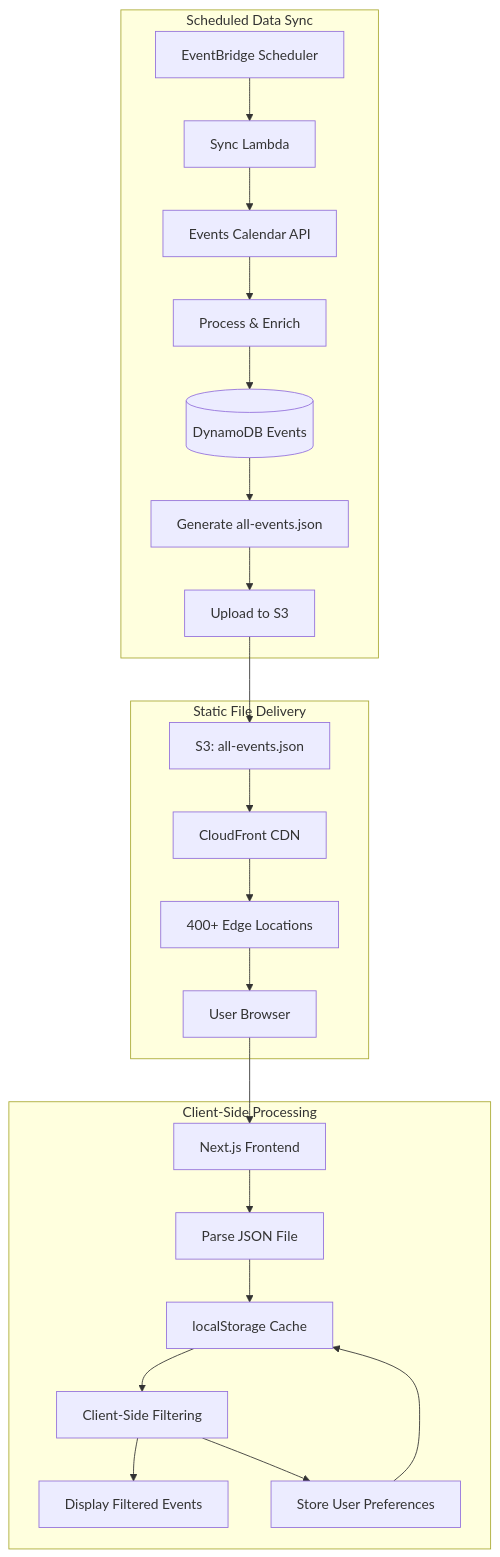
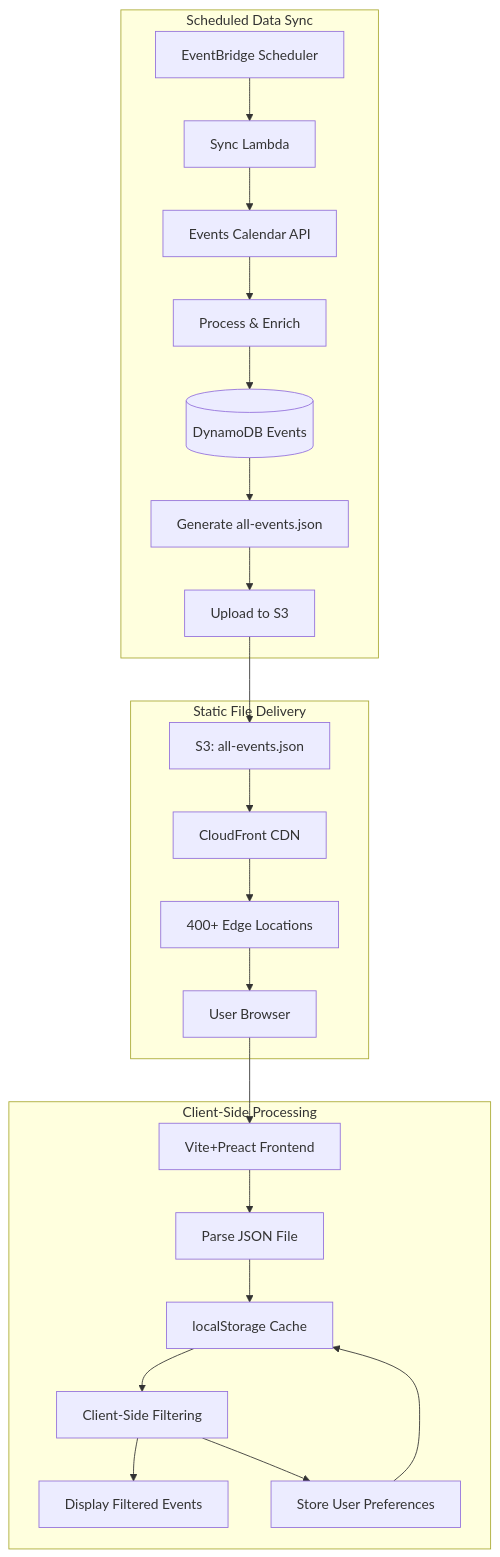
Before and after one commit to bbernstein/chq-calendar: the second of 3 diagrams in docs/DESIGN.md, drawn with Mermaid. The commit also changed other lines of this file and 22 other files, not shown here.

````diff
--- a/docs/DESIGN.md
+++ b/docs/DESIGN.md
@@ -491,28 +491,28 @@
 ```mermaid
 graph TB
     subgraph Scheduled[Scheduled Data Sync]
         EventBridge[EventBridge Scheduler] --> SyncLambda[Sync Lambda]
         SyncLambda --> EventsAPI[Events Calendar API]
         EventsAPI --> ProcessData[Process & Enrich]
         ProcessData --> DynamoDB[(DynamoDB Events)]
         DynamoDB --> GenerateFile[Generate all-events.json]
         GenerateFile --> UploadS3[Upload to S3]
     end
 
     subgraph StaticDelivery[Static File Delivery]
         UploadS3 --> S3File[S3: all-events.json]
         S3File --> CloudFront[CloudFront CDN]
         CloudFront --> EdgeCache[400+ Edge Locations]
         EdgeCache --> UserBrowser[User Browser]
     end
 
     subgraph ClientSide[Client-Side Processing]
-        UserBrowser --> NextJS[Next.js Frontend]
-        NextJS --> ParseJSON[Parse JSON File]
+        UserBrowser --> ViteApp[Vite+Preact Frontend]
+        ViteApp --> ParseJSON[Parse JSON File]
         ParseJSON --> LocalStorage[localStorage Cache]
         LocalStorage --> ClientFilter[Client-Side Filtering]
         ClientFilter --> DisplayEvents[Display Filtered Events]
         ClientFilter --> StateStorage[Store User Preferences]
         StateStorage --> LocalStorage
     end
 ```
````
